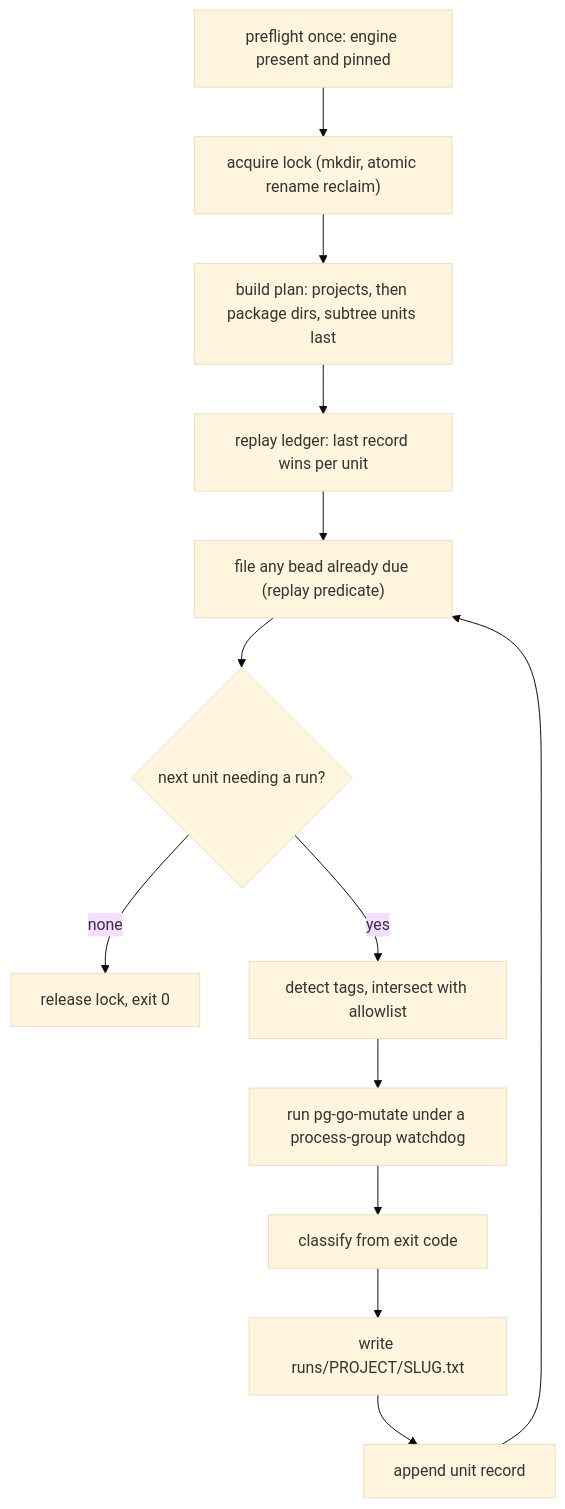
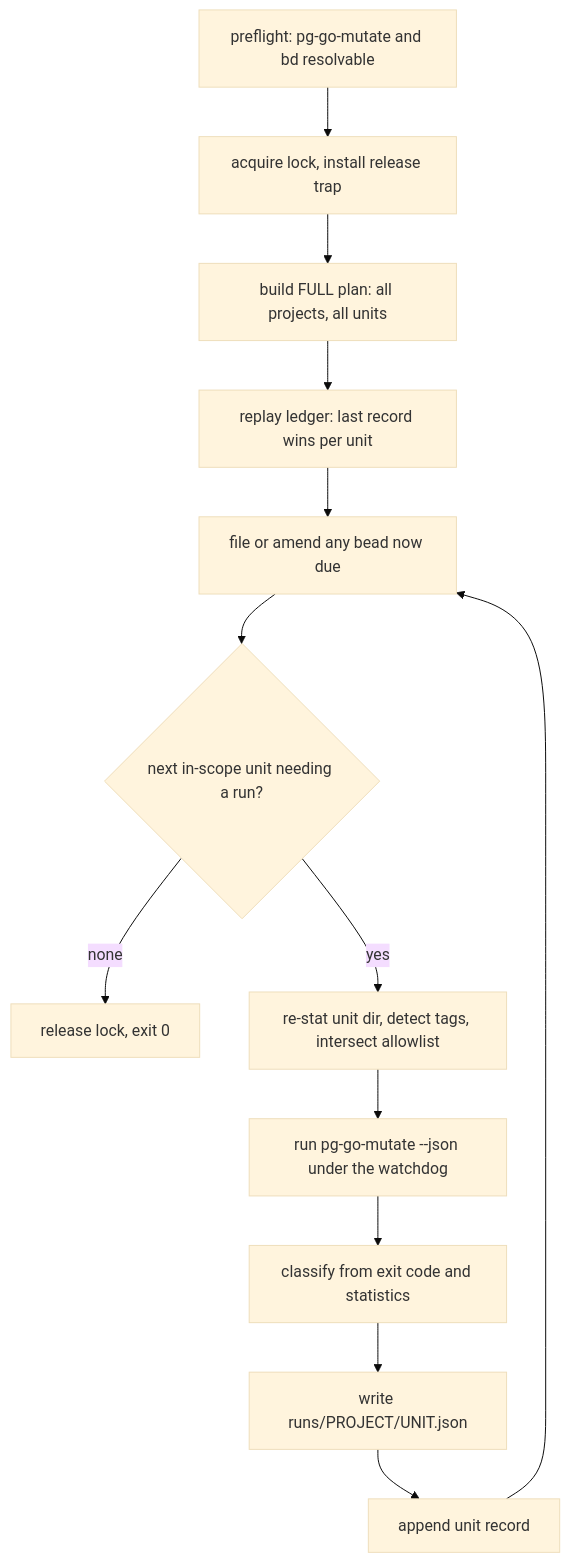
One commit to phillipgreenii/nix-repo-base changed the diagram in docs/superpowers/specs/2026-08-17-pg-go-mutate-sweep-design.md. Above: the diagram before and after it, drawn with Mermaid (base theme). The commit also changed other lines of this file, not shown here.

First line of the commit message:
docs(pg-go-mutate): resolve the sweep spec's second-round review blockers (pg2-l36xv)

````diff
--- a/docs/superpowers/specs/2026-08-17-pg-go-mutate-sweep-design.md
+++ b/docs/superpowers/specs/2026-08-17-pg-go-mutate-sweep-design.md
@@ -100,15 +97,15 @@
 ```mermaid
 flowchart TD
-  A["preflight once: engine present and pinned"] --> B["acquire lock (mkdir, atomic rename reclaim)"]
-  B --> C["build plan: projects, then package dirs, subtree units last"]
+  A["preflight: pg-go-mutate and bd resolvable"] --> B["acquire lock, install release trap"]
+  B --> C["build FULL plan: all projects, all units"]
   C --> D["replay ledger: last record wins per unit"]
-  D --> E["file any bead already due (replay predicate)"]
-  E --> F{"next unit needing a run?"}
+  D --> E["file or amend any bead now due"]
+  E --> F{"next in-scope unit needing a run?"}
   F -->|"none"| Z["release lock, exit 0"]
-  F -->|"yes"| G["detect tags, intersect with allowlist"]
-  G --> H["run pg-go-mutate under a process-group watchdog"]
-  H --> I["classify from exit code"]
-  I --> J["write runs/PROJECT/SLUG.txt"]
+  F -->|"yes"| G["re-stat unit dir, detect tags, intersect allowlist"]
+  G --> H["run pg-go-mutate --json under the watchdog"]
+  H --> I["classify from exit code and statistics"]
+  I --> J["write runs/PROJECT/UNIT.json"]
   J --> K["append unit record"]
   K --> E
 ```
````
